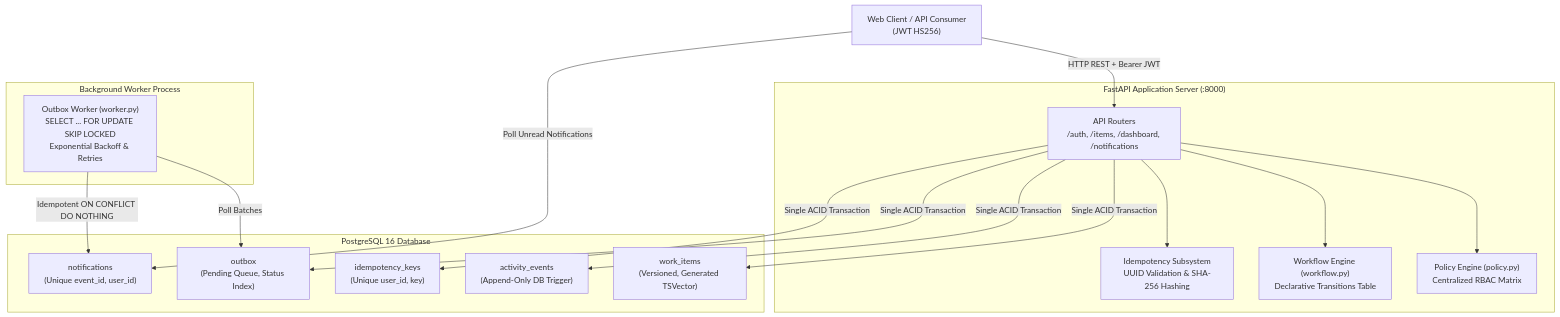
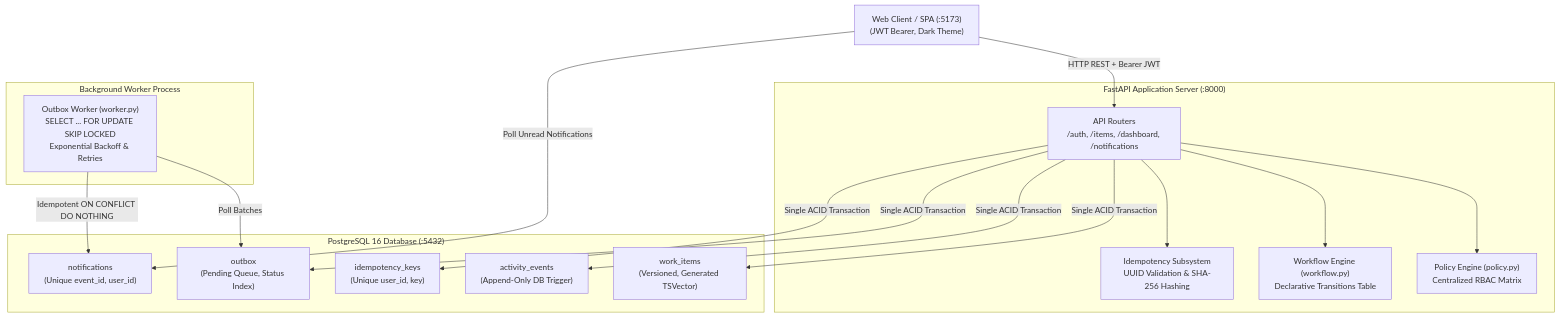
One commit to vanshhh02/newtonite-ops changed the diagram in README.md. Above: the diagram before and after it, drawn with Mermaid. The commit also changed other lines of this file and 1 other file, not shown here.

````diff
--- a/README.md
+++ b/README.md
@@ -75,37 +302,37 @@
 ```mermaid
 graph TD
-    Client["Web Client / API Consumer<br/>(JWT HS256)"]
+    Client["Web Client / SPA (:5173)<br/>(JWT Bearer, Dark Theme)"]
     
     subgraph AppServer ["FastAPI Application Server (:8000)"]
         Router["API Routers<br/>/auth, /items, /dashboard, /notifications"]
         Policy["Policy Engine (policy.py)<br/>Centralized RBAC Matrix"]
         Workflow["Workflow Engine (workflow.py)<br/>Declarative Transitions Table"]
         Idem["Idempotency Subsystem<br/>UUID Validation & SHA-256 Hashing"]
     end
     
-    subgraph Postgres ["PostgreSQL 16 Database"]
+    subgraph Postgres ["PostgreSQL 16 Database (:5432)"]
         Items["work_items<br/>(Versioned, Generated TSVector)"]
         Activity["activity_events<br/>(Append-Only DB Trigger)"]
         Outbox["outbox<br/>(Pending Queue, Status Index)"]
         Notifs["notifications<br/>(Unique event_id, user_id)"]
         IdemKeys["idempotency_keys<br/>(Unique user_id, key)"]
     end
     
     subgraph WorkerService ["Background Worker Process"]
         Worker["Outbox Worker (worker.py)<br/>SELECT ... FOR UPDATE SKIP LOCKED<br/>Exponential Backoff & Retries"]
     end
 
     Client -->|HTTP REST + Bearer JWT| Router
     Router --> Policy
     Router --> Workflow
     Router --> Idem
     
     Router -->|Single ACID Transaction| Items
     Router -->|Single ACID Transaction| Activity
     Router -->|Single ACID Transaction| Outbox
     Router -->|Single ACID Transaction| IdemKeys
 
     Worker -->|Poll Batches| Outbox
     Worker -->|Idempotent ON CONFLICT DO NOTHING| Notifs
     Client -->|Poll Unread Notifications| Notifs
 ```
````
